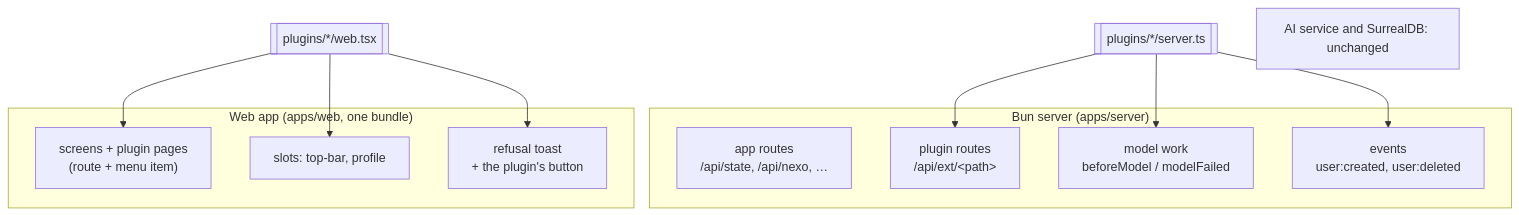
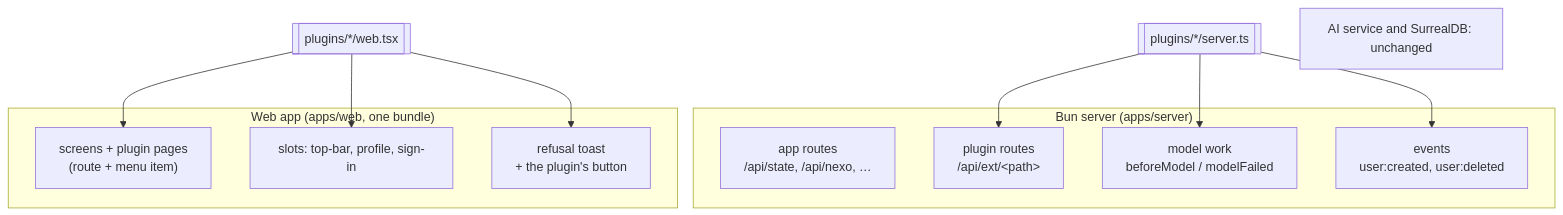
Before and after one commit to renatoaug/platjourney: the first of 5 diagrams in docs/plugins.md, drawn with Mermaid. The commit also changed other lines of this file and 17 other files, not shown here.

````diff
--- a/docs/plugins.md
+++ b/docs/plugins.md
@@ -21,17 +21,17 @@
 ```mermaid
 flowchart TB
     subgraph server["Bun server (apps/server)"]
         routes["app routes<br/>/api/state, /api/nexo, …"]
         ext["plugin routes<br/>/api/ext/&lt;path&gt;"]
         hooks["model work<br/>beforeModel / modelFailed"]
         events["events<br/>user:created, user:deleted"]
     end
     subgraph web["Web app (apps/web, one bundle)"]
         pages["screens + plugin pages<br/>(route + menu item)"]
-        slots["slots: top-bar, profile"]
+        slots["slots: top-bar, profile, sign-in"]
         toast["refusal toast<br/>+ the plugin's button"]
     end
     ps[["plugins/*/server.ts"]] --> ext & hooks & events
     pw[["plugins/*/web.tsx"]] --> pages & slots & toast
     other["AI service and SurrealDB: unchanged"]
 ```
````
